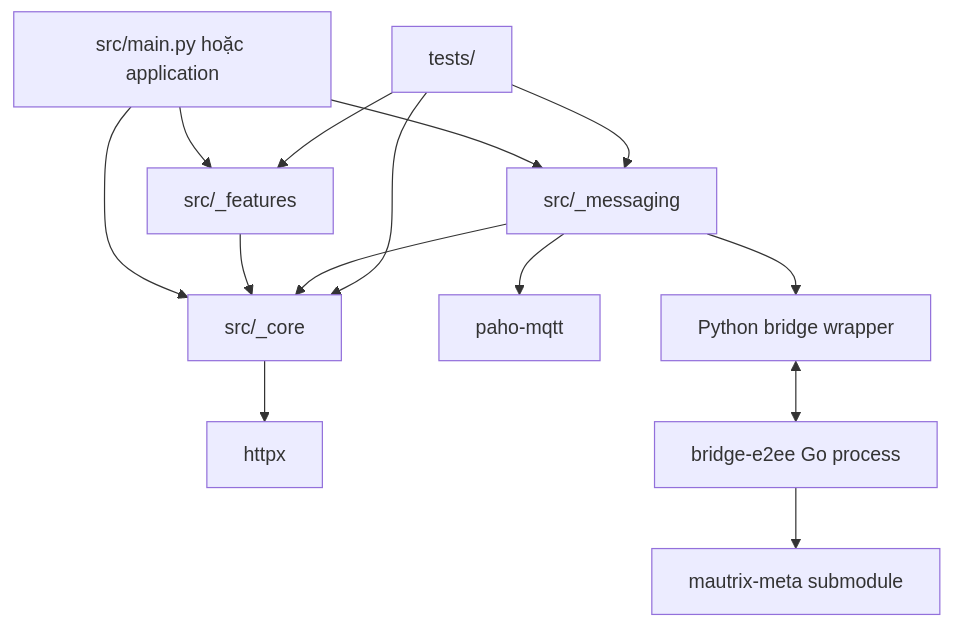
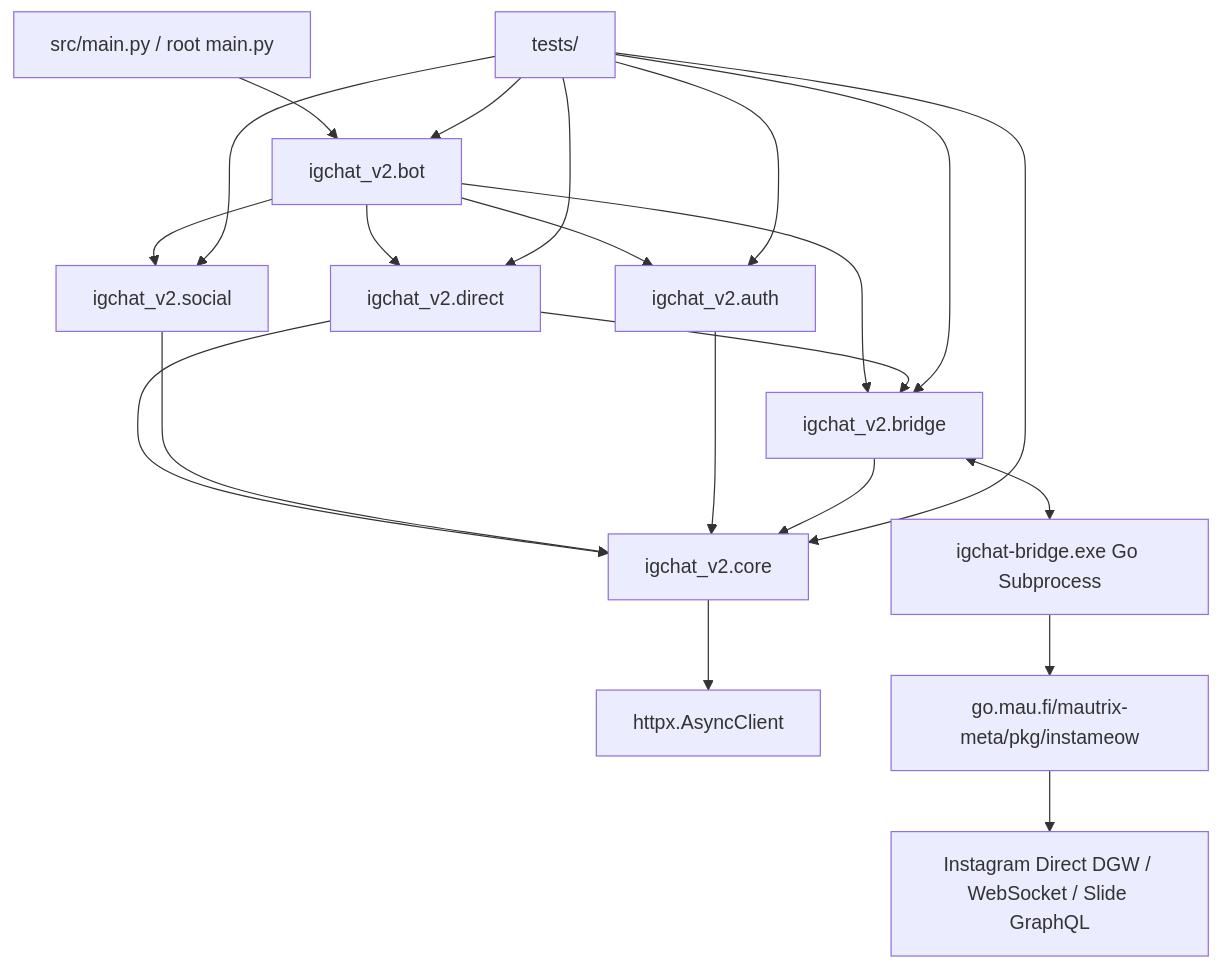
One commit to 0xshijn/igchat-v2 changed the first of 8 diagrams in FLOWCHART.md. Above: the diagram before and after it, drawn with Mermaid. The commit also changed other lines of this file and 246 other files, not shown here.

First line of the commit message:
feat: rebuild genuine Instagram Direct & Polaris GraphQL v3.0.0 architecture

````diff
--- a/FLOWCHART.md
+++ b/FLOWCHART.md
@@ -9,19 +11,26 @@
 ```mermaid
 flowchart TD
-    App[src/main.py hoặc application] --> Core[src/_core]
-    App --> Features[src/_features]
-    App --> Messaging[src/_messaging]
+    App[src/main.py / root main.py] --> Bot[igchat_v2.bot]
+    Bot --> Direct[igchat_v2.direct]
+    Bot --> Social[igchat_v2.social]
+    Bot --> Auth[igchat_v2.auth]
+    Bot --> Bridge[igchat_v2.bridge]
 
-    Features --> Core
-    Messaging --> Core
+    Direct --> Bridge
+    Direct --> Core[igchat_v2.core]
+    Social --> Core
+    Auth --> Core
+    Bridge --> Core
 
-    Core --> HTTP[httpx]
-    Messaging --> MQTT[paho-mqtt]
-    Messaging --> PyBridge[Python bridge wrapper]
-    PyBridge <--> GoBridge[bridge-e2ee Go process]
-    GoBridge --> Meta[mautrix-meta submodule]
+    Core --> HTTP[httpx.AsyncClient]
+    Bridge <--> GoBridge[igchat-bridge.exe Go Subprocess]
+    GoBridge --> Instameow[go.mau.fi/mautrix-meta/pkg/instameow]
+    Instameow --> IGDirect[Instagram Direct DGW / WebSocket / Slide GraphQL]
 
-    Tests[tests/] --> Core
-    Tests --> Features
-    Tests --> Messaging
+    Tests[tests/] --> Bot
+    Tests --> Direct
+    Tests --> Social
+    Tests --> Auth
+    Tests --> Bridge
+    Tests --> Core
 ```
````
